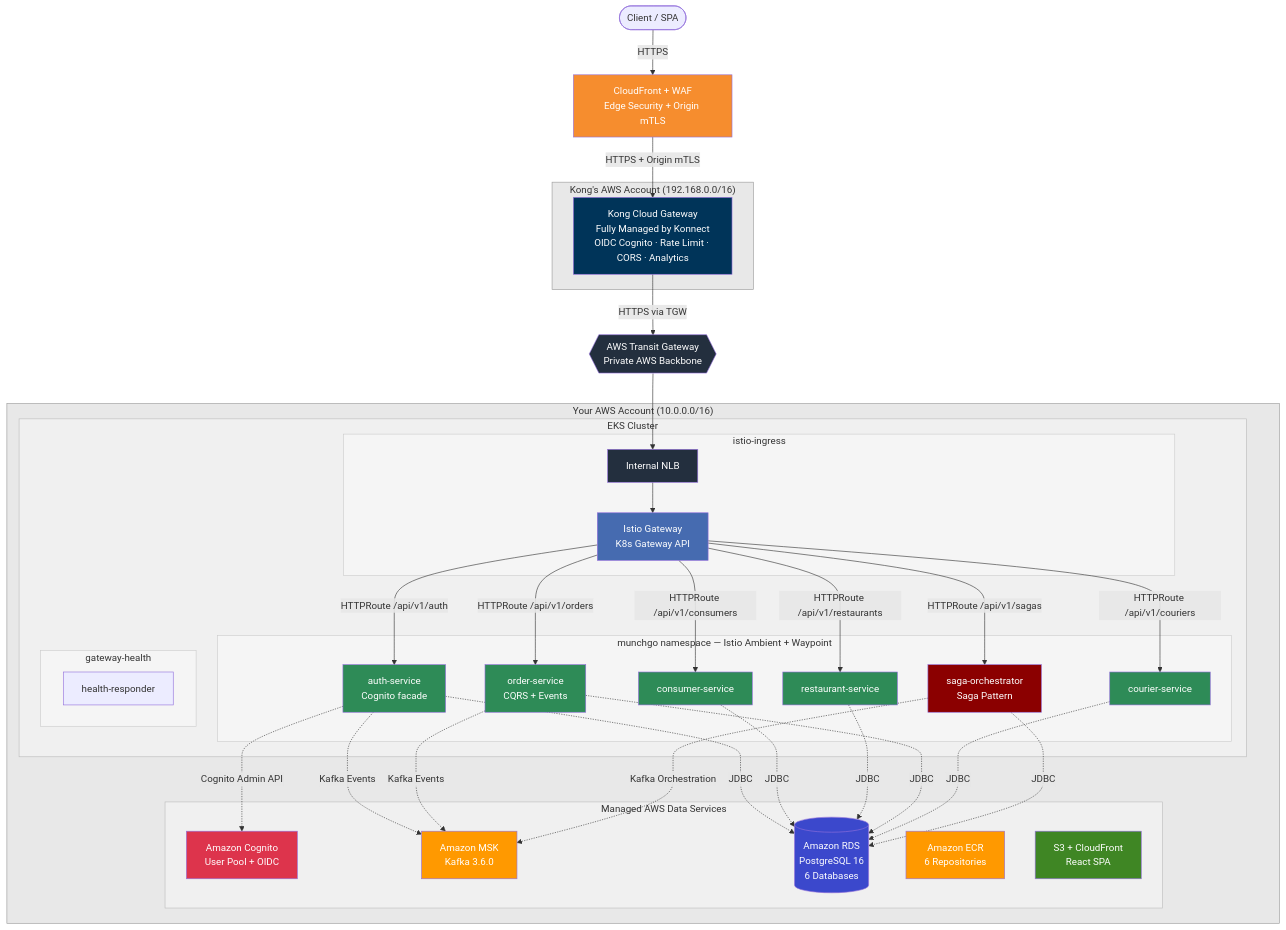
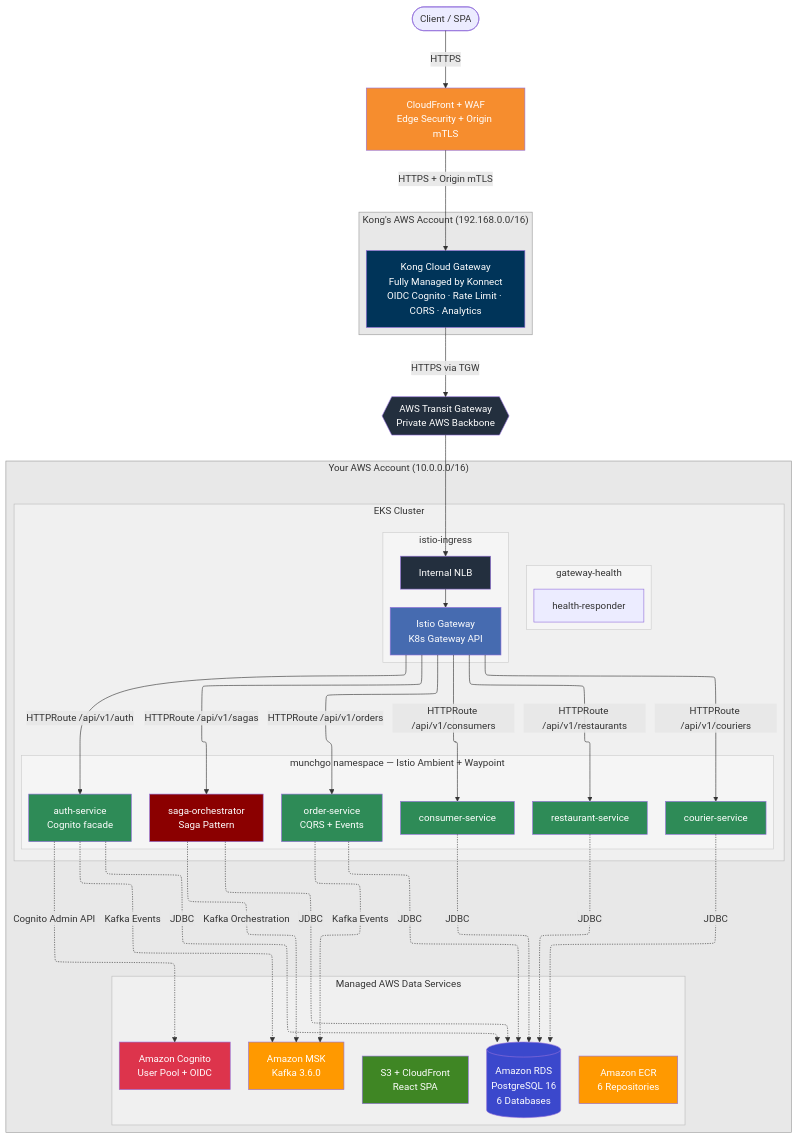
The first of 19 diagrams in README.md (shanaka-versent/munchgo-aws-iac), drawn with Mermaid before and after one commit.

````diff
--- a/README.md
+++ b/README.md
@@ -39,80 +39,81 @@
 ```mermaid
-graph TB
-    Client([Client / SPA])
-    CF["CloudFront + WAF<br/>Edge Security + Origin mTLS"]
-
-    subgraph kong_acct ["Kong's AWS Account (192.168.0.0/16)"]
-        Kong["Kong Cloud Gateway<br/>Fully Managed by Konnect<br/>OIDC Cognito · Rate Limit · CORS · Analytics"]
-    end
-
-    TGW{{"AWS Transit Gateway<br/>Private AWS Backbone"}}
-
-    subgraph your_acct ["Your AWS Account (10.0.0.0/16)"]
-        subgraph eks_cluster [EKS Cluster]
-            subgraph ns_istio_ing [istio-ingress]
-                NLB[Internal NLB]
-                IGW["Istio Gateway<br/>K8s Gateway API"]
-            end
-            subgraph ns_munchgo [munchgo namespace — Istio Ambient + Waypoint]
-                AUTH["auth-service<br/>Cognito facade"]
-                CONSUMER[consumer-service]
-                RESTAURANT[restaurant-service]
-                ORDER["order-service<br/>CQRS + Events"]
-                COURIER[courier-service]
-                SAGA["saga-orchestrator<br/>Saga Pattern"]
-            end
-            subgraph ns_gw_health [gateway-health]
-                Health[health-responder]
-            end
-        end
-        subgraph data_services [Managed AWS Data Services]
-            COGNITO["Amazon Cognito<br/>User Pool + OIDC"]
-            MSK["Amazon MSK<br/>Kafka 3.6.0"]
-            RDS[("Amazon RDS<br/>PostgreSQL 16<br/>6 Databases")]
-            ECR["Amazon ECR<br/>6 Repositories"]
-            S3["S3 + CloudFront<br/>React SPA"]
-        end
-    end
-
-    Client -->|HTTPS| CF
-    CF -->|HTTPS + Origin mTLS| Kong
-    Kong -->|HTTPS via TGW| TGW
+---
+config:
+  layout: elk
+---
+flowchart TB
+ subgraph kong_acct["Kong's AWS Account (192.168.0.0/16)"]
+        Kong["Kong Cloud Gateway<br>Fully Managed by Konnect<br>OIDC Cognito · Rate Limit · CORS · Analytics"]
+  end
+ subgraph ns_istio_ing["istio-ingress"]
+        NLB["Internal NLB"]
+        IGW["Istio Gateway<br>K8s Gateway API"]
+  end
+ subgraph ns_munchgo["munchgo namespace — Istio Ambient + Waypoint"]
+        AUTH["auth-service<br>Cognito facade"]
+        CONSUMER["consumer-service"]
+        RESTAURANT["restaurant-service"]
+        ORDER["order-service<br>CQRS + Events"]
+        COURIER["courier-service"]
+        SAGA["saga-orchestrator<br>Saga Pattern"]
+  end
+ subgraph ns_gw_health["gateway-health"]
+        Health["health-responder"]
+  end
+ subgraph eks_cluster["EKS Cluster"]
+        ns_istio_ing
+        ns_munchgo
+        ns_gw_health
+  end
+ subgraph data_services["Managed AWS Data Services"]
+        COGNITO["Amazon Cognito<br>User Pool + OIDC"]
+        MSK["Amazon MSK<br>Kafka 3.6.0"]
+        RDS[("Amazon RDS<br>PostgreSQL 16<br>6 Databases")]
+        ECR["Amazon ECR<br>6 Repositories"]
+        S3["S3 + CloudFront<br>React SPA"]
+  end
+ subgraph your_acct["Your AWS Account (10.0.0.0/16)"]
+        eks_cluster
+        data_services
+  end
+    Client(["Client / SPA"]) -- HTTPS --> CF["CloudFront + WAF<br>Edge Security + Origin mTLS"]
+    CF -- HTTPS + Origin mTLS --> Kong
+    Kong -- HTTPS via TGW --> TGW{{"AWS Transit Gateway<br>Private AWS Backbone"}}
     TGW --> NLB
     NLB --> IGW
-    IGW -->|HTTPRoute /api/v1/auth| AUTH
-    IGW -->|HTTPRoute /api/v1/consumers| CONSUMER
-    IGW -->|HTTPRoute /api/v1/restaurants| RESTAURANT
-    IGW -->|HTTPRoute /api/v1/orders| ORDER
-    IGW -->|HTTPRoute /api/v1/couriers| COURIER
-    IGW -->|HTTPRoute /api/v1/sagas| SAGA
+    IGW -- HTTPRoute /api/v1/auth --> AUTH
+    IGW -- HTTPRoute /api/v1/consumers --> CONSUMER
+    IGW -- HTTPRoute /api/v1/restaurants --> RESTAURANT
+    IGW -- HTTPRoute /api/v1/orders --> ORDER
+    IGW -- HTTPRoute /api/v1/couriers --> COURIER
+    IGW -- HTTPRoute /api/v1/sagas --> SAGA
+    AUTH -. Cognito Admin API .-> COGNITO
+    AUTH -. Kafka Events .-> MSK
+    ORDER -. Kafka Events .-> MSK
+    SAGA -. Kafka Orchestration .-> MSK
+    AUTH -. JDBC .-> RDS
+    CONSUMER -. JDBC .-> RDS
+    RESTAURANT -. JDBC .-> RDS
+    ORDER -. JDBC .-> RDS
+    COURIER -. JDBC .-> RDS
+    SAGA -. JDBC .-> RDS
 
-    AUTH -.->|Cognito Admin API| COGNITO
-    AUTH -.->|Kafka Events| MSK
-    ORDER -.->|Kafka Events| MSK
-    SAGA -.->|Kafka Orchestration| MSK
-    AUTH -.->|JDBC| RDS
-    CONSUMER -.->|JDBC| RDS
-    RESTAURANT -.->|JDBC| RDS
-    ORDER -.->|JDBC| RDS
-    COURIER -.->|JDBC| RDS
-    SAGA -.->|JDBC| RDS
-
+    style CF fill:#F68D2E,color:#fff
     style Kong fill:#003459,color:#fff
-    style IGW fill:#466BB0,color:#fff
-    style CF fill:#F68D2E,color:#fff
     style TGW fill:#232F3E,color:#fff
     style NLB fill:#232F3E,color:#fff
-    style MSK fill:#FF9900,color:#fff
-    style RDS fill:#3B48CC,color:#fff
-    style ECR fill:#FF9900,color:#fff
-    style COGNITO fill:#DD344C,color:#fff
-    style S3 fill:#3F8624,color:#fff
+    style IGW fill:#466BB0,color:#fff
     style AUTH fill:#2E8B57,color:#fff
     style CONSUMER fill:#2E8B57,color:#fff
     style RESTAURANT fill:#2E8B57,color:#fff
     style ORDER fill:#2E8B57,color:#fff
     style COURIER fill:#2E8B57,color:#fff
     style SAGA fill:#8B0000,color:#fff
+    style COGNITO fill:#DD344C,color:#fff
+    style MSK fill:#FF9900,color:#fff
+    style RDS fill:#3B48CC,color:#fff
+    style ECR fill:#FF9900,color:#fff
+    style S3 fill:#3F8624,color:#fff
     style kong_acct fill:#E8E8E8,stroke:#999,color:#333
     style your_acct fill:#E8E8E8,stroke:#999,color:#333
     style eks_cluster fill:#F0F0F0,stroke:#BBB,color:#333
````
